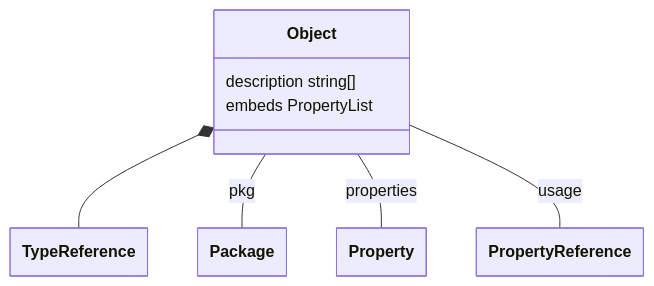
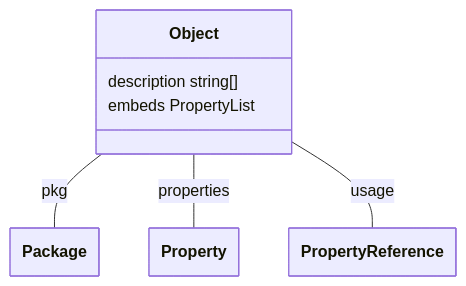
The sixth of 15 diagrams in docs/model/model.md (theunrepentantgeek/crddoc), drawn with Mermaid before and after one commit. The commit also changed other lines of this file and 8 other files, not shown here.

First line of the commit message:
Improve class diagrams (#105)

````diff
--- a/docs/model/model.md
+++ b/docs/model/model.md
@@ -170,22 +193,25 @@
 ```mermaid
 ---
   config:
     class:
       hideEmptyMembersBox: true
 ---
 classDiagram
-class Object["Object"] {
-    description string[]
-    embeds PropertyList
-}
+
+class Object["Object"]{  
+      description string[]  
+      embeds PropertyList
 
 
-Object *-- TypeReference
-class TypeReference["TypeReference"]
-Object -- Package : pkg
-Object -- Property : properties
-Object -- PropertyReference : usage
-class Package["Package"] 
-class Property["Property"] 
-class PropertyReference["PropertyReference"] 
+} 
+
+
+Object -- Package : pkg 
+Object -- Property : properties 
+Object -- PropertyReference : usage 
+
+class Package["Package"]
+class Property["Property"]
+class PropertyReference["PropertyReference"]
+
 ```
````
